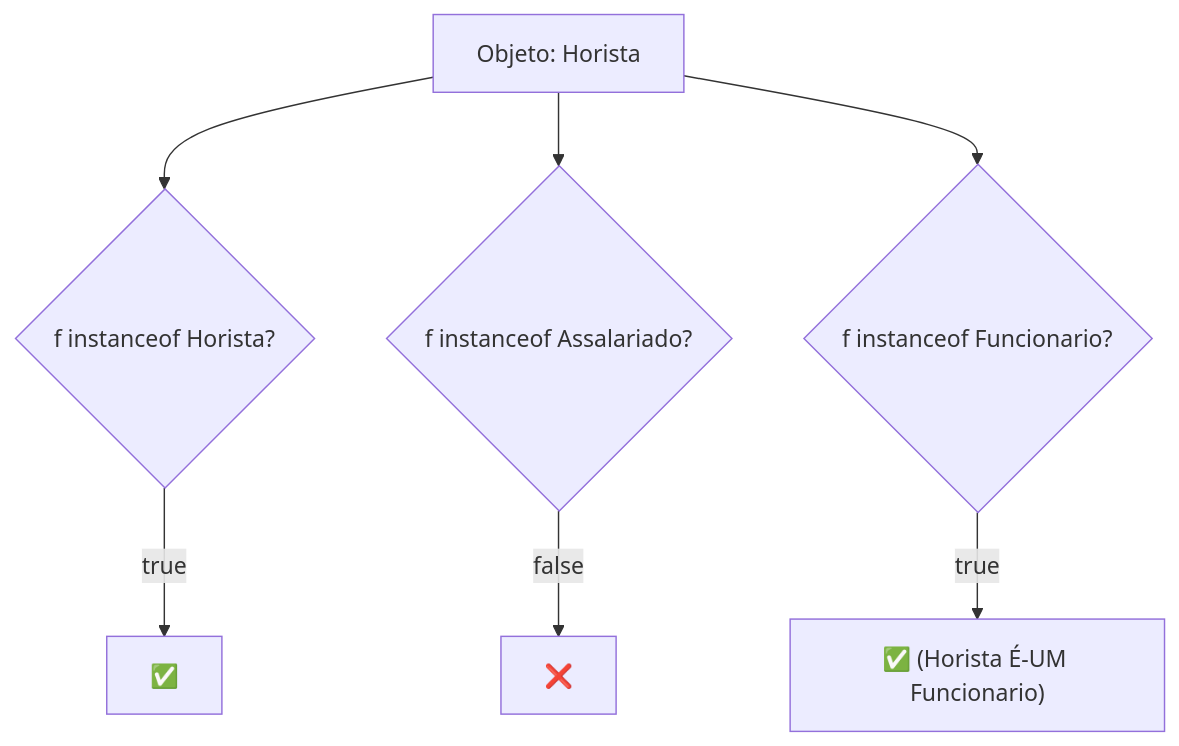
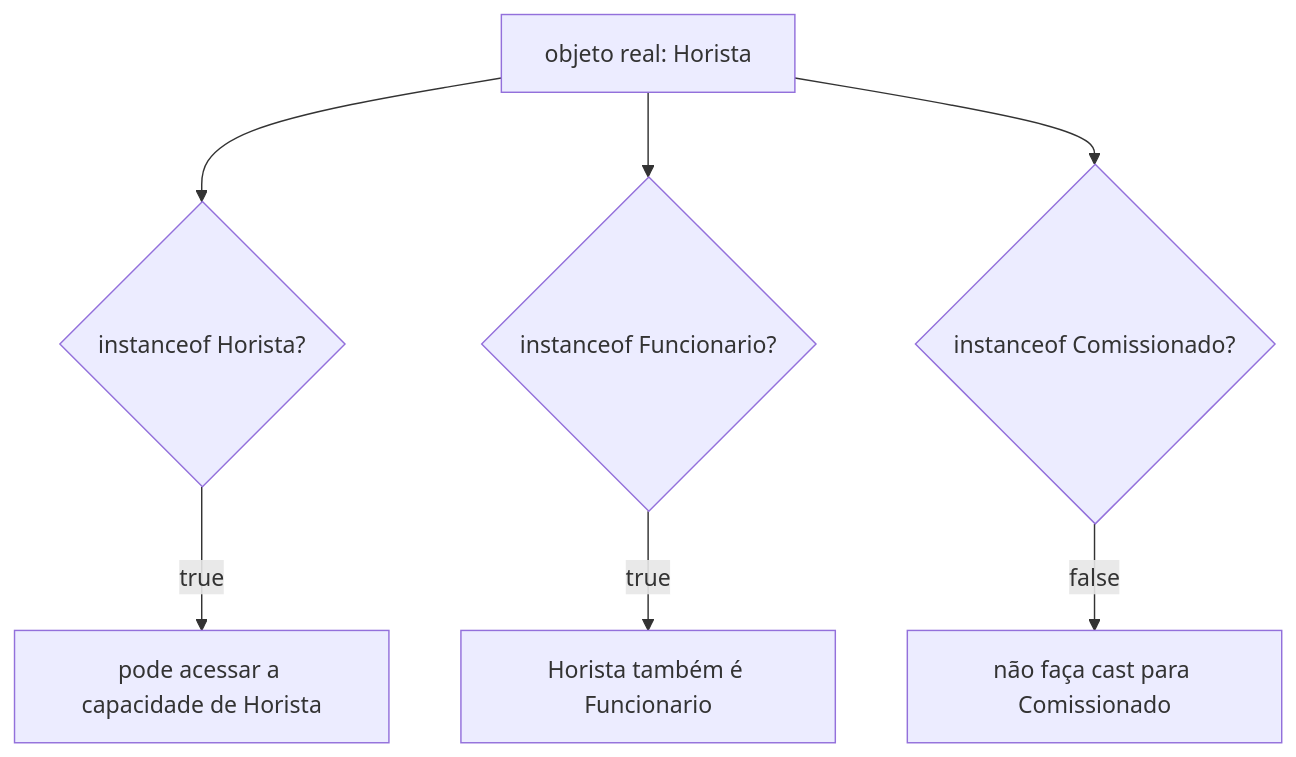
One commit to emanoelsp/poo-essential-academy changed the first of 2 diagrams in src/content/modulo-05/encontro-16.md. Above: the diagram before and after it, drawn with Mermaid. The commit also changed other lines of this file and 1 other file, not shown here.

````diff
--- a/src/content/modulo-05/encontro-16.md
+++ b/src/content/modulo-05/encontro-16.md
@@ -49,9 +105,9 @@
 ```mermaid
 flowchart TD
-    OBJ["Objeto: Horista"] --> CHECK1{f instanceof Horista?}
-    CHECK1 -->|true| A["✅"]
-    OBJ --> CHECK2{f instanceof Assalariado?}
-    CHECK2 -->|false| B["❌"]
-    OBJ --> CHECK3{f instanceof Funcionario?}
-    CHECK3 -->|true| C["✅ (Horista É-UM Funcionario)"]
+    OBJ["objeto real: Horista"] --> H{"instanceof Horista?"}
+    H -->|true| A["pode acessar a capacidade de Horista"]
+    OBJ --> F{"instanceof Funcionario?"}
+    F -->|true| B["Horista também é Funcionario"]
+    OBJ --> C{"instanceof Comissionado?"}
+    C -->|false| D["não faça cast para Comissionado"]
 ```
````
